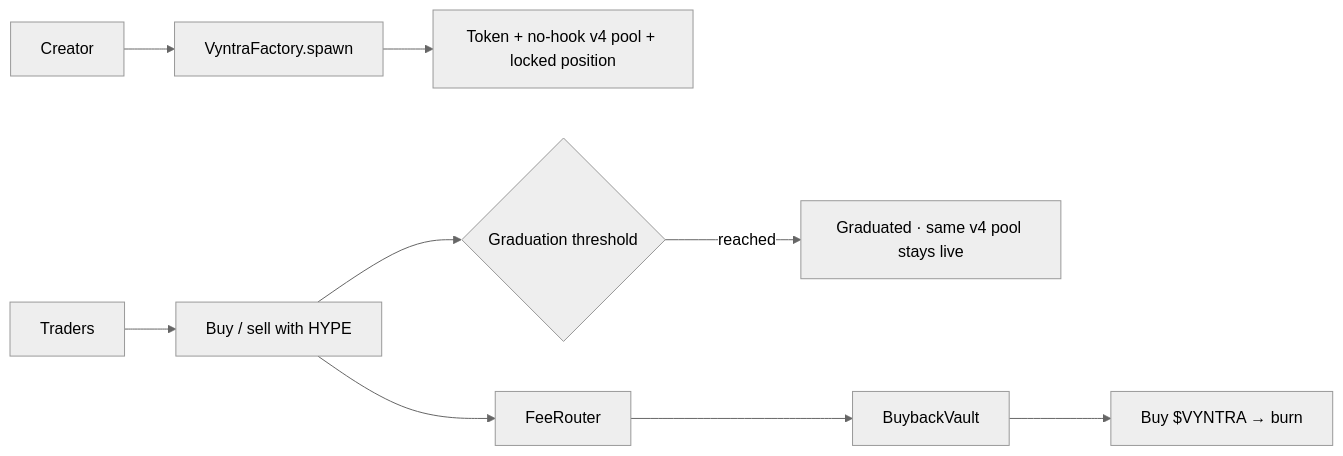
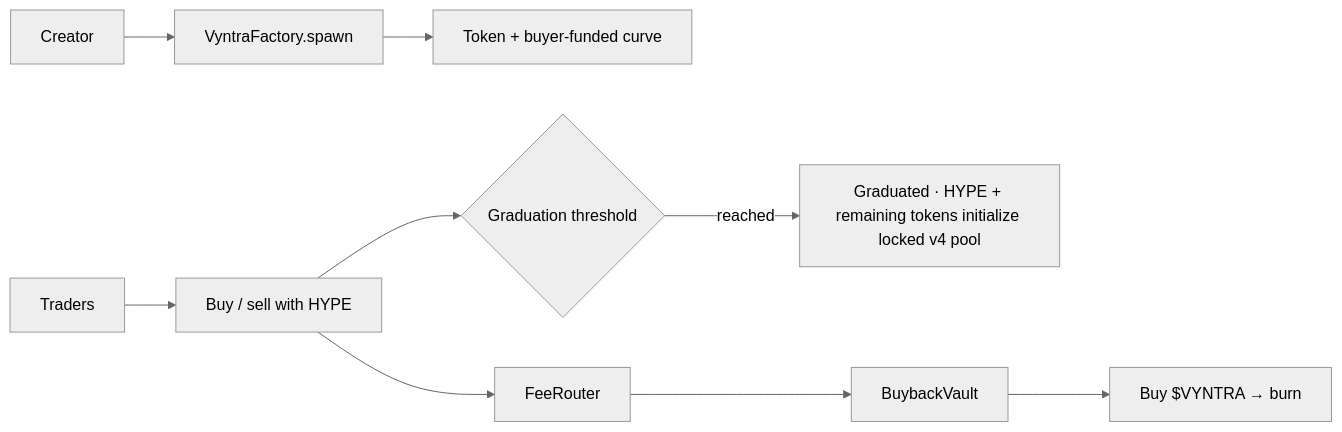
Before and after one commit to fawazdevx/Vyntra: the diagram in README.md, drawn with Mermaid (neutral theme). The commit also changed other lines of this file and 18 other files, not shown here.

````diff
--- a/README.md
+++ b/README.md
@@ -52,11 +52,11 @@
 ```mermaid
 flowchart LR
     C["Creator"] --> F["VyntraFactory.spawn"]
-    F --> T["Token + no-hook v4 pool + locked position"]
+    F --> T["Token + buyer-funded curve"]
     TR["Traders"] --> X["Buy / sell with HYPE"]
     X --> G{"Graduation threshold"}
-    G -->|reached| A["Graduated · same v4 pool stays live"]
+    G -->|reached| A["Graduated · HYPE + remaining tokens initialize locked v4 pool"]
     X --> R["FeeRouter"]
     R --> V["BuybackVault"]
     V --> Burn["Buy $VYNTRA → burn"]
 ```
````
